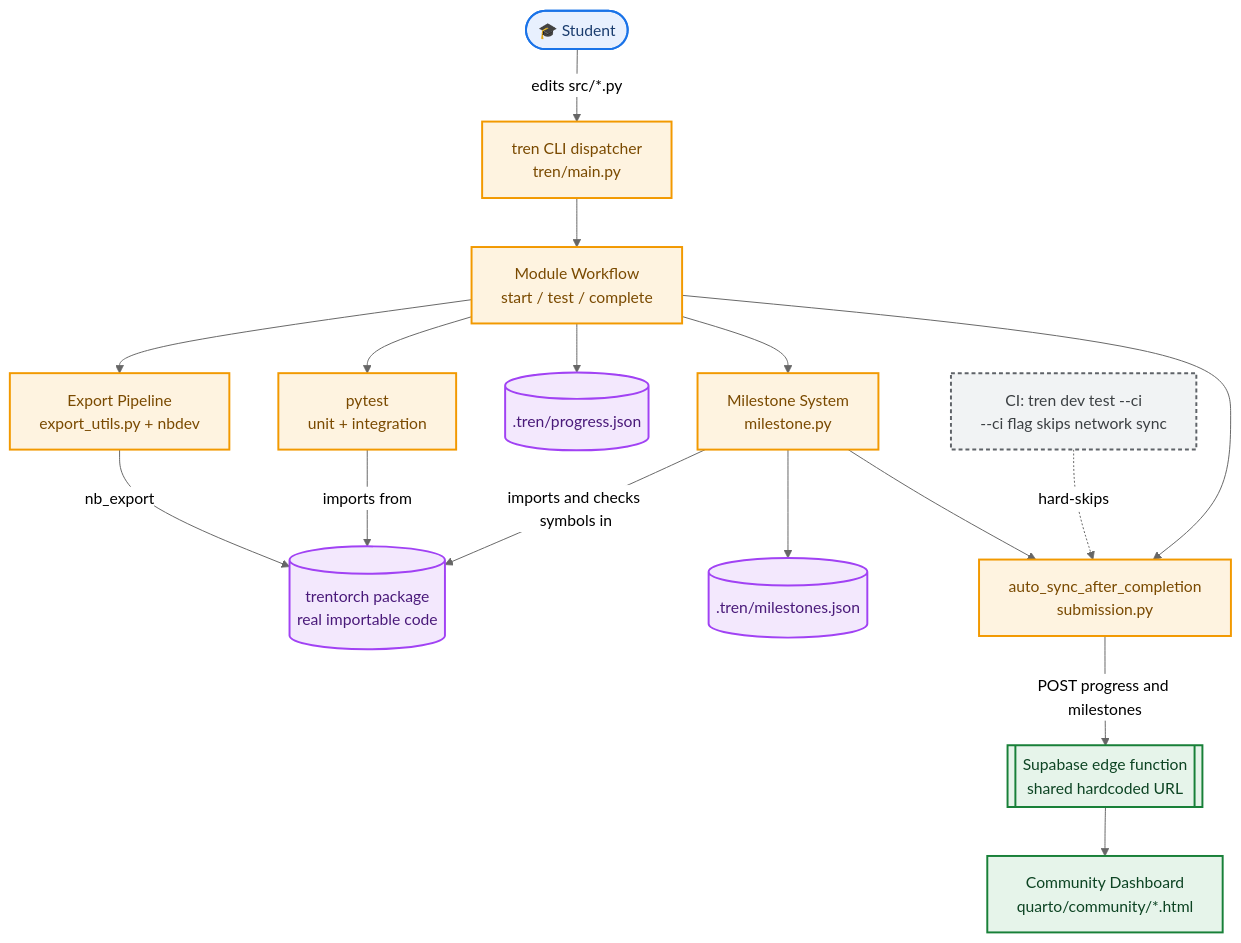
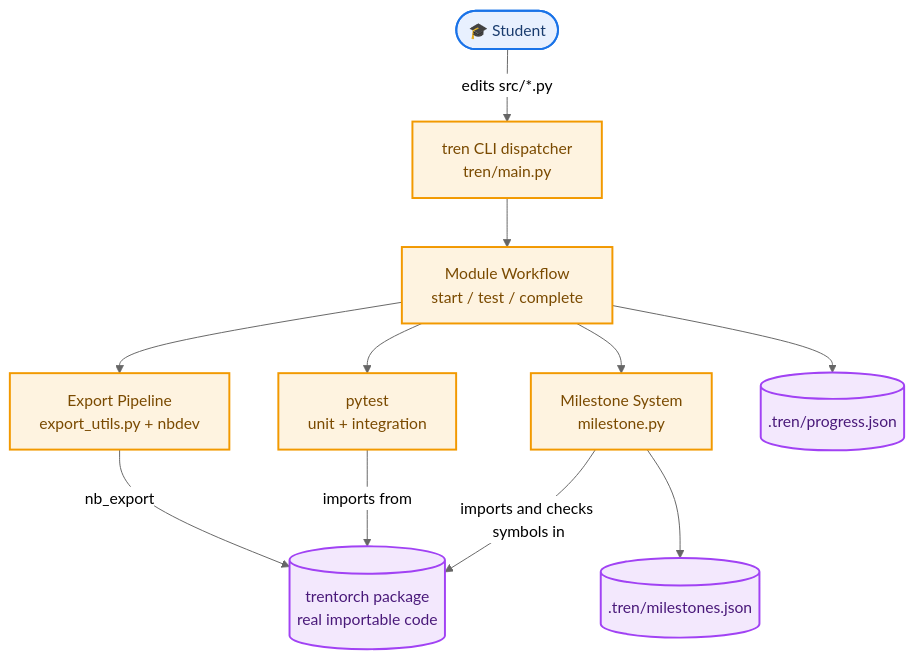
The diagram in docs/system_design.md (Shashank-Tripathi-07/TrenTorch), drawn with Mermaid (neutral theme) before and after one commit. The commit also changed other lines of this file and 186 other files, not shown here.

````diff
--- a/docs/system_design.md
+++ b/docs/system_design.md
@@ -25,44 +24,31 @@
 ```mermaid
 flowchart TD
     Student(["🎓 Student"])
     CLI["tren CLI dispatcher<br/>tren/main.py"]
     Workflow["Module Workflow<br/>start / test / complete"]
     Export["Export Pipeline<br/>export_utils.py + nbdev"]
     Pkg[("trentorch package<br/>real importable code")]
     Tests["pytest<br/>unit + integration"]
     Milestone["Milestone System<br/>milestone.py"]
     MFile[(".tren/milestones.json")]
     PFile[(".tren/progress.json")]
-    Sync["auto_sync_after_completion<br/>submission.py"]
-    Supabase[["Supabase edge function<br/>shared hardcoded URL"]]
-    Dashboard["Community Dashboard<br/>quarto/community/*.html"]
-    CI["CI: tren dev test --ci<br/>--ci flag skips network sync"]
 
     Student -->|edits src/*.py| CLI
     CLI --> Workflow
     Workflow --> Export
     Export -->|nb_export| Pkg
     Workflow --> Tests
     Tests -->|imports from| Pkg
     Workflow --> PFile
     Workflow --> Milestone
     Milestone -->|imports and checks symbols in| Pkg
     Milestone --> MFile
-    Workflow --> Sync
-    Milestone --> Sync
-    Sync -->|POST progress and milestones| Supabase
-    Supabase --> Dashboard
-    CI -.->|hard-skips| Sync
 
     classDef client fill:#e8f0fe,stroke:#1a73e8,stroke-width:2px,color:#1a3c6e
     classDef core fill:#fef3e0,stroke:#f29900,stroke-width:2px,color:#7a4a00
     classDef storage fill:#f3e8fd,stroke:#a142f4,stroke-width:2px,color:#4a1a7a
-    classDef external fill:#e6f4ea,stroke:#188038,stroke-width:2px,color:#0d4423
-    classDef ci fill:#f1f3f4,stroke:#5f6368,stroke-width:2px,color:#3c4043,stroke-dasharray: 4 3
 
     class Student client
-    class CLI,Workflow,Export,Tests,Milestone,Sync core
+    class CLI,Workflow,Export,Tests,Milestone core
     class Pkg,MFile,PFile storage
-    class Supabase,Dashboard external
-    class CI ci
 ```
````
